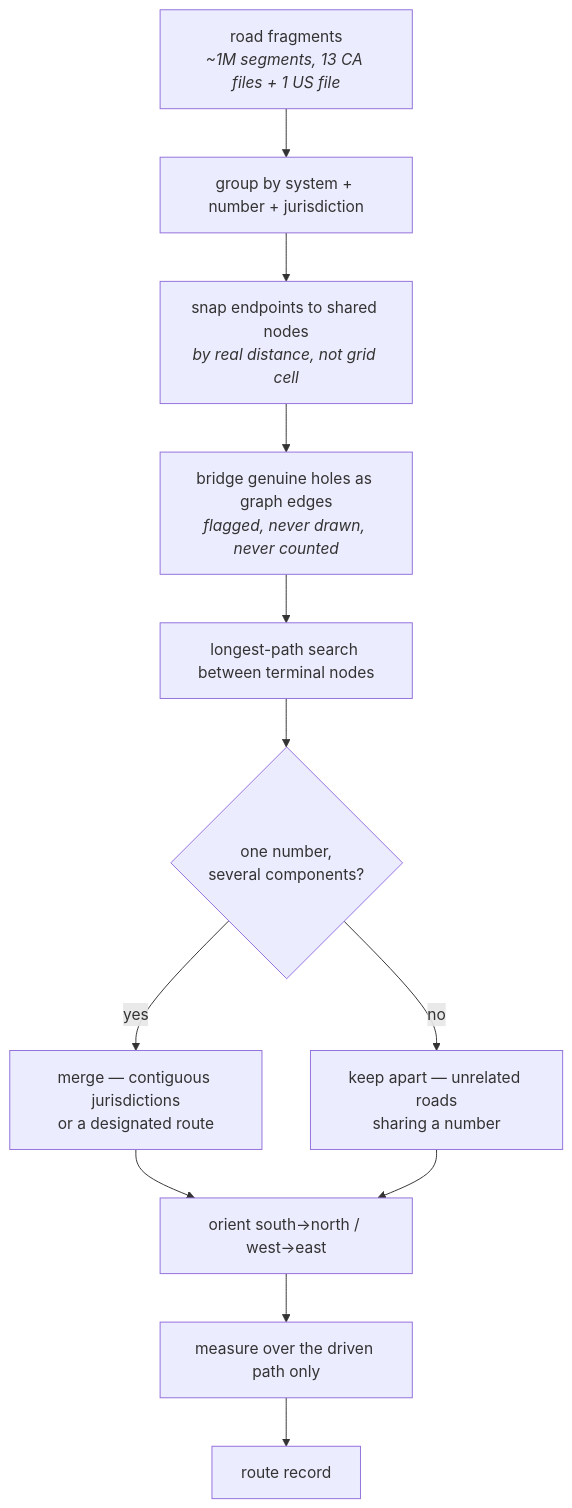
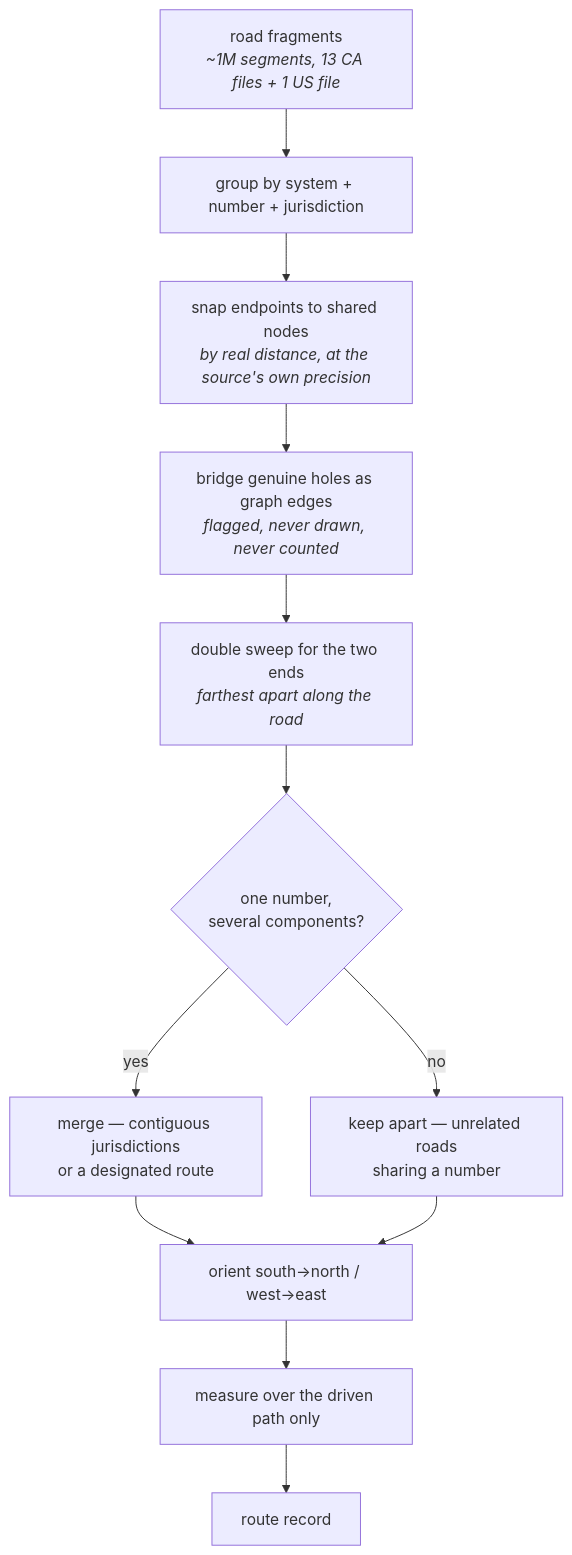
Before and after one commit to AndyUneducated/interstate-atlas: the second of 3 diagrams in docs/ARCHITECTURE.md, drawn with Mermaid. The commit also changed other lines of this file and 1 other file, not shown here.

First line of the commit message:
Record the measured totals and the path-search fix in the documentation

````diff
--- a/docs/ARCHITECTURE.md
+++ b/docs/ARCHITECTURE.md
@@ -105,19 +105,19 @@
 ```mermaid
 flowchart TD
   A["road fragments<br/><i>~1M segments, 13 CA files + 1 US file</i>"]
   B["group by system + number + jurisdiction"]
-  C["snap endpoints to shared nodes<br/><i>by real distance, not grid cell</i>"]
+  C["snap endpoints to shared nodes<br/><i>by real distance, at the source's own precision</i>"]
   D["bridge genuine holes as graph edges<br/><i>flagged, never drawn, never counted</i>"]
-  E["longest-path search between terminal nodes"]
+  E["double sweep for the two ends<br/><i>farthest apart along the road</i>"]
   F{"one number,<br/>several components?"}
   G["merge — contiguous jurisdictions<br/>or a designated route"]
   H["keep apart — unrelated roads<br/>sharing a number"]
   I["orient south→north / west→east"]
   J["measure over the driven path only"]
   K["route record"]
 
   A --> B --> C --> D --> E --> F
   F -->|yes| G --> I
   F -->|no| H --> I
   I --> J --> K
 ```
````
